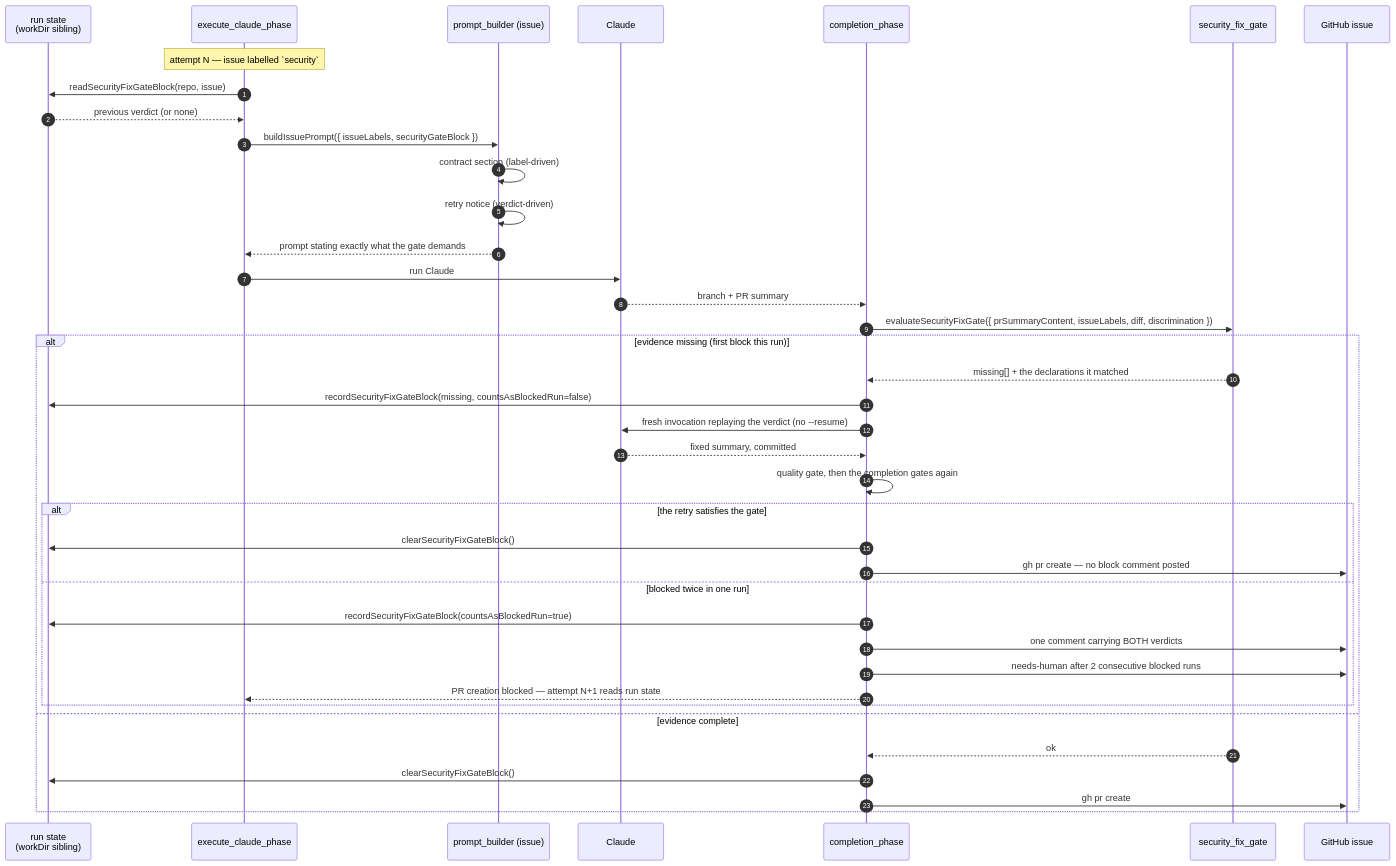
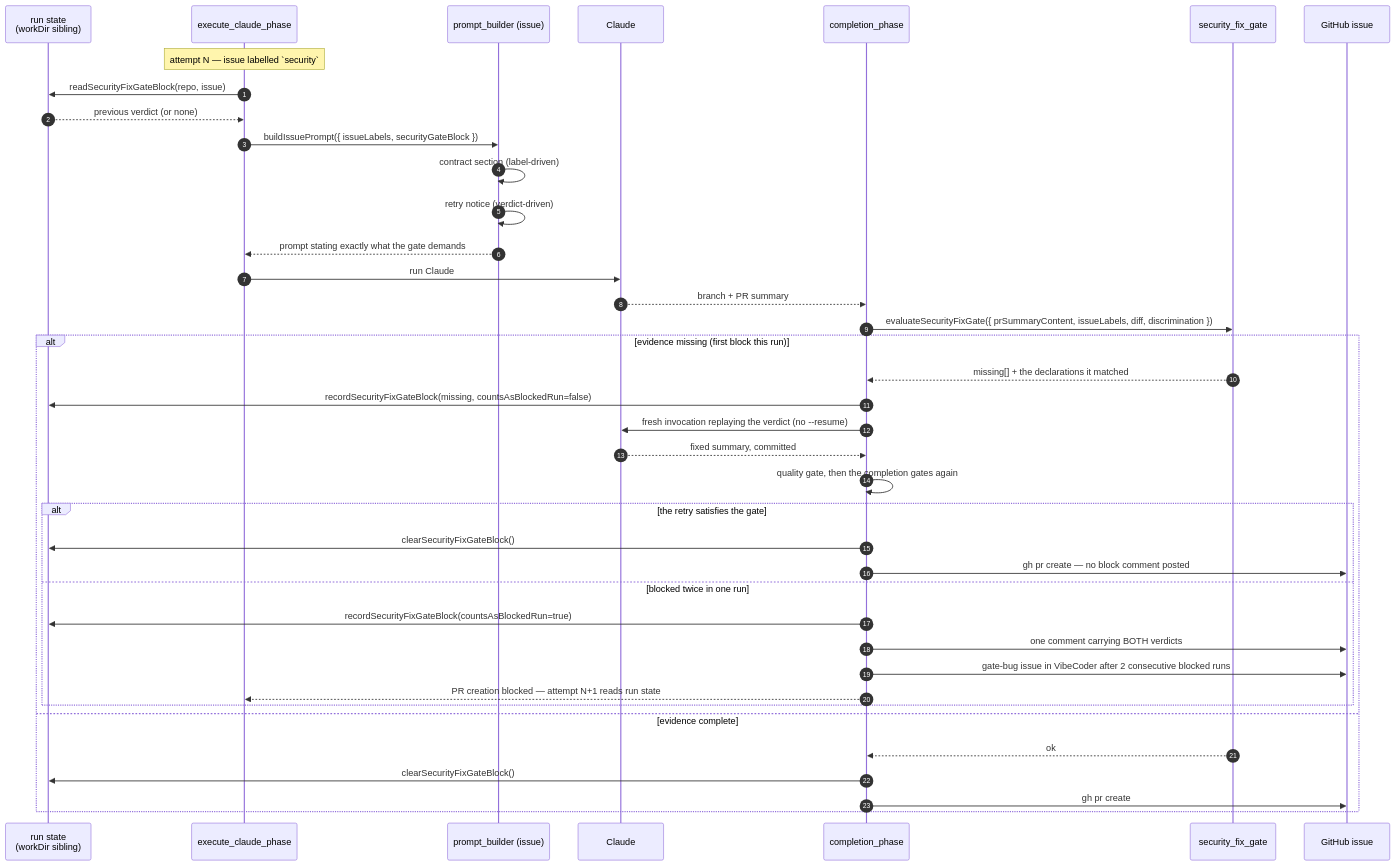
The diagram in docs/security-fix-gate-feedback.md (stSoftwareAU/VibeCoder), drawn with Mermaid before and after one commit. The commit also changed other lines of this file and 11 other files, not shown here.

First line of the commit message:
Stop handing setup-branch and security-gate faults to a human (Issue #4298)

````diff
--- a/docs/security-fix-gate-feedback.md
+++ b/docs/security-fix-gate-feedback.md
@@ -28,42 +28,42 @@
 ```mermaid
 sequenceDiagram
     autonumber
     participant S as run state<br/>(workDir sibling)
     participant E as execute_claude_phase
     participant B as prompt_builder (issue)
     participant Cl as Claude
     participant C as completion_phase
     participant G as security_fix_gate
     participant GH as GitHub issue
 
     Note over E: attempt N — issue labelled `security`
     E->>S: readSecurityFixGateBlock(repo, issue)
     S-->>E: previous verdict (or none)
     E->>B: buildIssuePrompt({ issueLabels, securityGateBlock })
     B->>B: contract section (label-driven)
     B->>B: retry notice (verdict-driven)
     B-->>E: prompt stating exactly what the gate demands
     E->>Cl: run Claude
     Cl-->>C: branch + PR summary
     C->>G: evaluateSecurityFixGate({ prSummaryContent, issueLabels, diff, discrimination })
     alt evidence missing (first block this run)
         G-->>C: missing[] + the declarations it matched
         C->>S: recordSecurityFixGateBlock(missing, countsAsBlockedRun=false)
         C->>Cl: fresh invocation replaying the verdict (no --resume)
         Cl-->>C: fixed summary, committed
         C->>C: quality gate, then the completion gates again
         alt the retry satisfies the gate
             C->>S: clearSecurityFixGateBlock()
             C->>GH: gh pr create — no block comment posted
         else blocked twice in one run
             C->>S: recordSecurityFixGateBlock(countsAsBlockedRun=true)
             C->>GH: one comment carrying BOTH verdicts
-            C->>GH: needs-human after 2 consecutive blocked runs
+            C->>GH: gate-bug issue in VibeCoder after 2 consecutive blocked runs
             C-->>E: PR creation blocked — attempt N+1 reads run state
         end
     else evidence complete
         G-->>C: ok
         C->>S: clearSecurityFixGateBlock()
         C->>GH: gh pr create
     end
 ```
````
